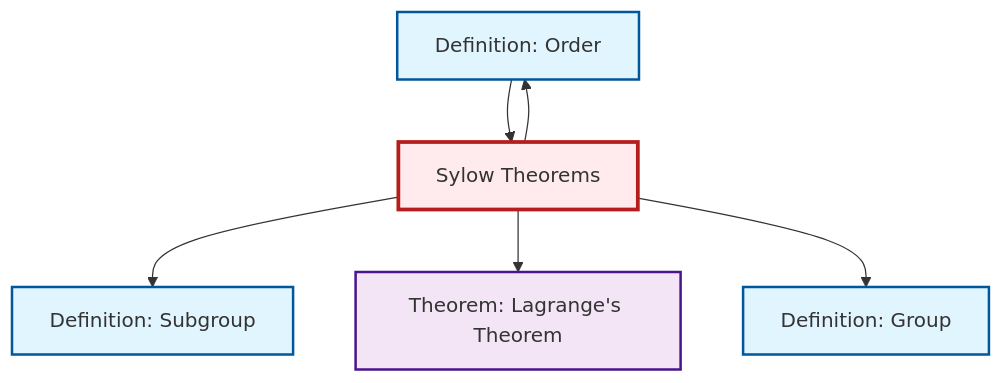
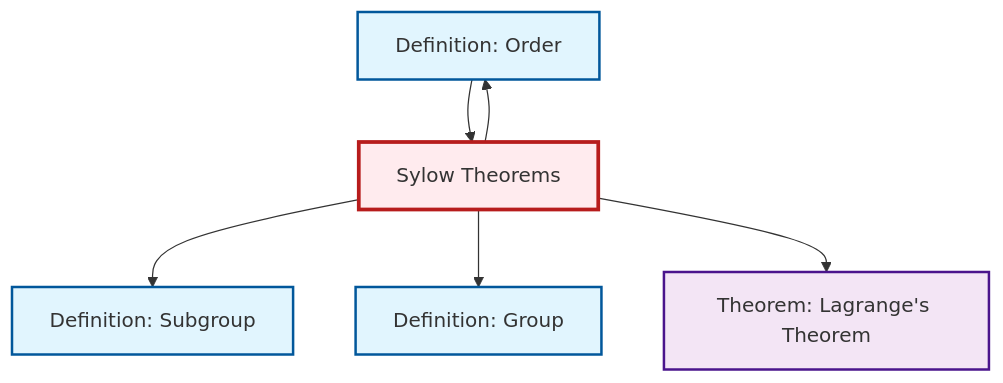
Before and after one commit to RK0429/ModernMath: the diagram in content/en/algebra/thm-sylow.qmd, drawn with Mermaid. The commit also changed other lines of this file and 328 other files, not shown here.

````diff
--- a/content/en/algebra/thm-sylow.qmd
+++ b/content/en/algebra/thm-sylow.qmd
@@ -85,24 +85,24 @@
 ```{mermaid}
 %%| fig-cap: "Local dependency graph"
 graph TD
     classDef definition fill:#e1f5fe,stroke:#01579b,stroke-width:2px
     classDef theorem fill:#f3e5f5,stroke:#4a148c,stroke-width:2px
     classDef axiom fill:#fff3e0,stroke:#e65100,stroke-width:2px
     classDef example fill:#e8f5e9,stroke:#1b5e20,stroke-width:2px
     classDef current fill:#ffebee,stroke:#b71c1c,stroke-width:3px
+    def-order["Definition: Order"]:::definition
     def-subgroup["Definition: Subgroup"]:::definition
-    def-order["Definition: Order"]:::definition
+    thm-lagrange["Theorem: Lagrange's Theorem"]:::theorem
     def-group["Definition: Group"]:::definition
-    thm-lagrange["Theorem: Lagrange's Theorem"]:::theorem
     thm-sylow["Sylow Theorems"]:::theorem
     thm-sylow --> def-subgroup
+    thm-sylow --> def-group
+    thm-sylow --> def-order
+    def-order --> thm-sylow
     thm-sylow --> thm-lagrange
-    thm-sylow --> def-group
-    def-order --> thm-sylow
-    thm-sylow --> def-order
     class thm-sylow current
+    click def-order "def-order.html" "Go to Order definition"
     click def-subgroup "def-subgroup.html" "Go to Subgroup definition"
-    click def-order "def-order.html" "Go to Order definition"
+    click thm-lagrange "thm-lagrange.html" "Go to Lagrange's Theorem theorem"
     click def-group "def-group.html" "Go to Group definition"
-    click thm-lagrange "thm-lagrange.html" "Go to Lagrange's Theorem theorem"
 ```
````
